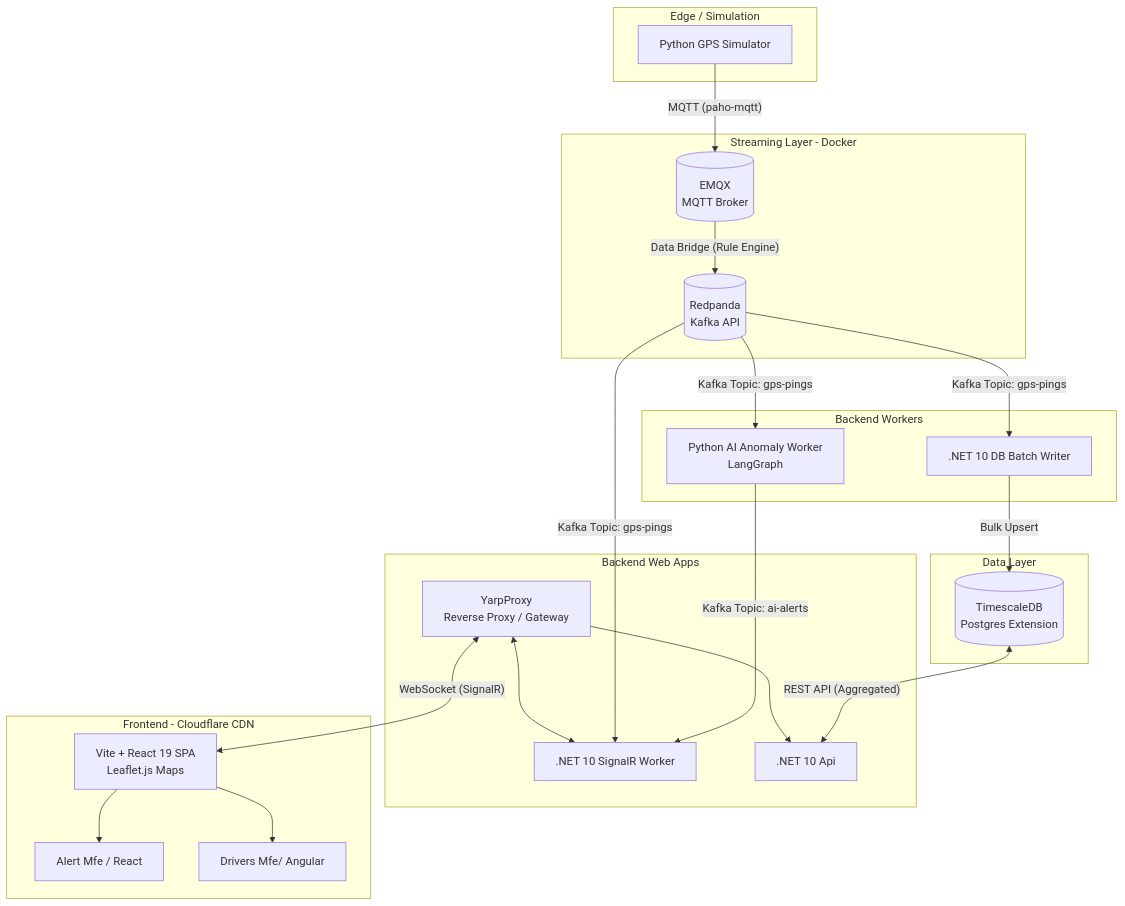
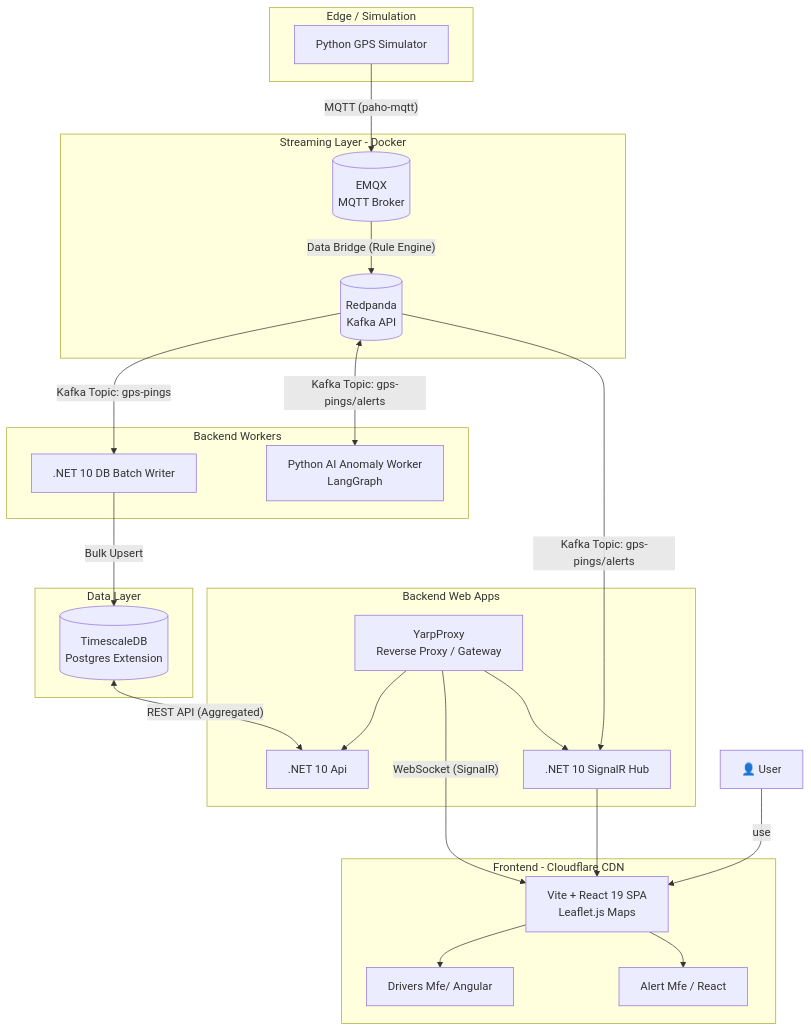
One commit to josehvaldes/fleetpulsesystem changed the diagram in docs/architecture.md. Above: the diagram before and after it, drawn with Mermaid. The commit also changed 6 other files, not shown here.

````diff
--- a/docs/architecture.md
+++ b/docs/architecture.md
@@ -13,52 +13,59 @@
 ```mermaid
 graph TD
 
 subgraph Edge [Edge / Simulation]
 Sim[Python GPS Simulator]
 end
 
 subgraph Stream [Streaming Layer - Docker]
 EMQX[(EMQX <br/> MQTT Broker)]
 RP[(Redpanda <br/> Kafka API)]
 EMQX -- "Data Bridge (Rule Engine)" --> RP
 end
 
 subgraph Processing [Backend Workers]
 AI[Python AI Anomaly Worker <br/> LangGraph]
-DB[.NET 10 DB Batch Writer]
+DBW[.NET 10 DB Batch Writer]
 end
 
 subgraph Exposing [Backend Web Apps]
-
-WS[.NET 10 SignalR Worker]
 API[.NET 10 Api]
+WS[.NET 10 SignalR Hub]
 YARP["YarpProxy<br/>Reverse Proxy / Gateway"]
-YARP --> API
-YARP <--> WS 
 
 end
 
 subgraph Storage [Data Layer]
 TSDB[(TimescaleDB <br/> Postgres Extension)]
 end
 
 subgraph Presentation [Frontend - Cloudflare CDN]
 UI[Vite + React 19 SPA <br/> Leaflet.js Maps]
 ALERTMFE["Alert Mfe / React"]
 DRIVERMFE["Drivers Mfe/ Angular"]
+end
 
 UI --> ALERTMFE
 UI --> DRIVERMFE
-end
 
 Sim -- "MQTT (paho-mqtt)" --> EMQX
-RP -- "Kafka Topic: gps-pings" --> WS
-RP -- "Kafka Topic: gps-pings" --> AI
-RP -- "Kafka Topic: gps-pings" --> DB
+RP -- "Kafka Topic: gps-pings/alerts" --> WS
+RP <-- "Kafka Topic: gps-pings/alerts" --> AI
 
-AI -- "Kafka Topic: ai-alerts" --> WS
-DB -- "Bulk Upsert" --> TSDB
-YARP -- "WebSocket (SignalR)" <--> UI
+RP -- "Kafka Topic: gps-pings" --> DBW
+
+DBW -- "Bulk Upsert" --> TSDB
 TSDB -- "REST API (Aggregated)" <--> API
 
+YARP --> WS 
+YARP -- "WebSocket (SignalR)" --> UI
+YARP --> API
+
+WS --> UI
+
+
+User[" 👤 User"]
+User --"use" --> UI
+
+
 ```
````
